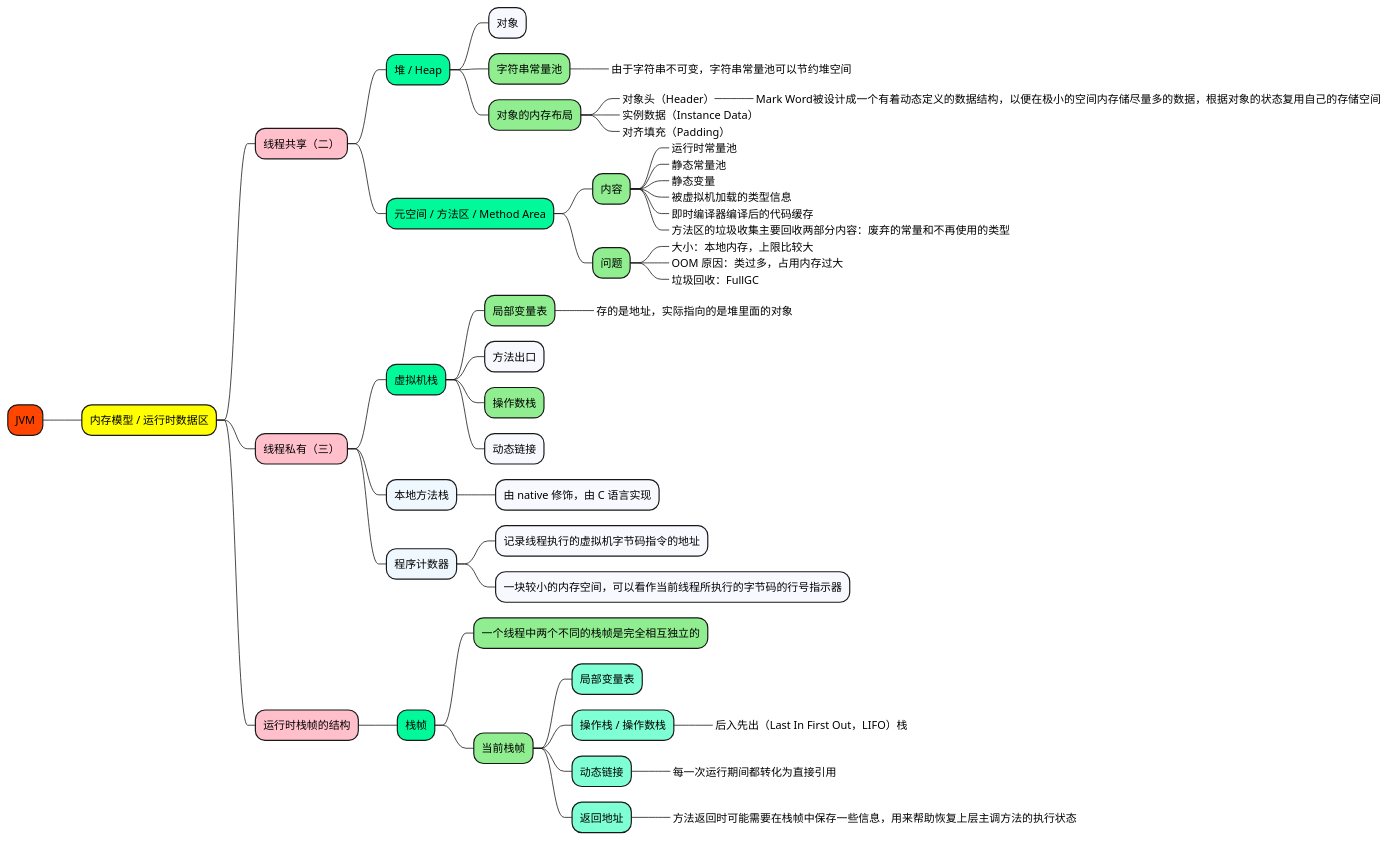
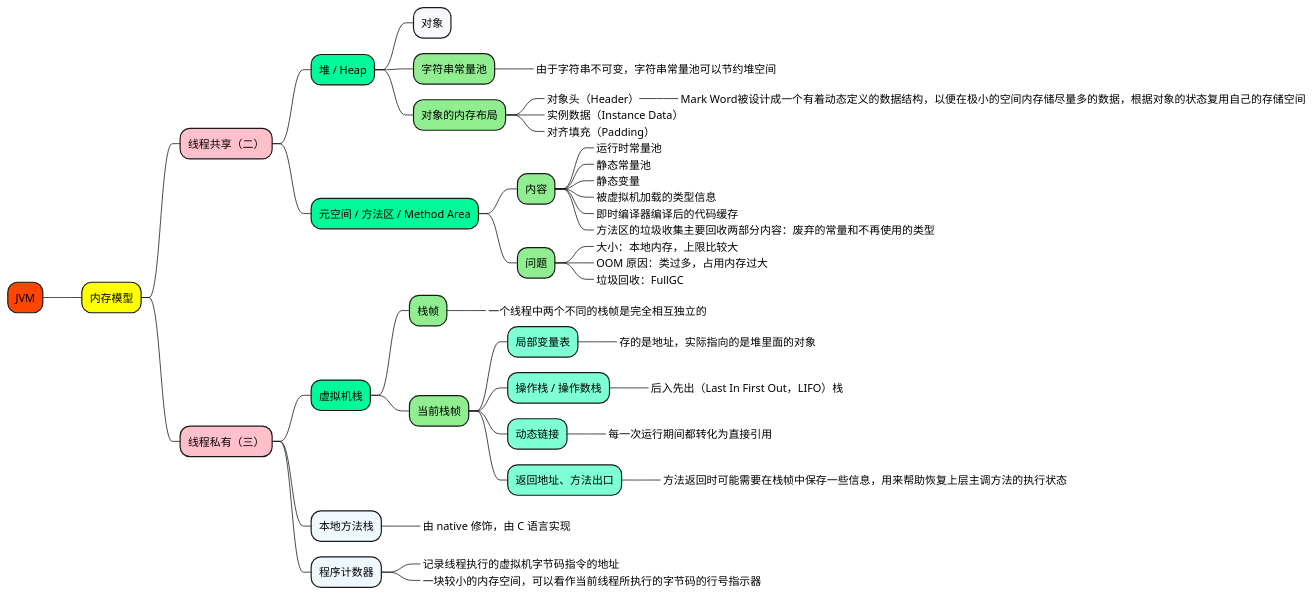
One commit to doveg/self-cultivation-of-a-software-engineer changed the diagram in 1_map/1-java/JVM-内存模型.puml. Above: the diagram before and after it, drawn with PlantUML. The commit also changed 26 other files, not shown here.

```diff
--- a/1_map/1-java/JVM-内存模型.puml
+++ b/1_map/1-java/JVM-内存模型.puml
@@ -1,76 +1,72 @@
 @startmindmap
 
 +[#OrangeRed] JVM
 
-++[#yellow] 内存模型 / 运行时数据区
+++[#yellow] 内存模型
 
 +++[#Pink] 线程共享（二）
 
 ++++[#MediumSpringGreen] 堆 / Heap
 
 +++++[#GhostWhite] 对象
 
 +++++[#LightGreen] 字符串常量池
 ++++++[#Aquamarine]_ 由于字符串不可变，字符串常量池可以节约堆空间
 
 +++++[#LightGreen] 对象的内存布局
 ++++++[#Aquamarine]_ 对象头（Header）
 +++++++[#Aquamarine]_ Mark Word被设计成一个有着动态定义的数据结构，以便在极小的空间内存储尽量多的数据，根据对象的状态复用自己的存储空间
 ++++++[#Aquamarine]_ 实例数据（Instance Data）
 ++++++[#Aquamarine]_ 对齐填充（Padding）
 
 
 ++++[#MediumSpringGreen] 元空间 / 方法区 / Method Area
 
 +++++[#LightGreen] 内容
 ++++++[#Aquamarine]_ 运行时常量池
 ++++++[#Aquamarine]_ 静态常量池
 ++++++[#Aquamarine]_ 静态变量
 ++++++[#Aquamarine]_ 被虚拟机加载的类型信息
 ++++++[#Aquamarine]_ 即时编译器编译后的代码缓存
 ++++++[#Aquamarine]_ 方法区的垃圾收集主要回收两部分内容：废弃的常量和不再使用的类型
 
 +++++[#LightGreen] 问题
 ++++++[#Aquamarine]_ 大小：本地内存，上限比较大
 ++++++[#Aquamarine]_ OOM 原因：类过多，占用内存过大
 ++++++[#Aquamarine]_ 垃圾回收：FullGC
 
 
 
 +++[#Pink] 线程私有（三）
 
 ++++[#MediumSpringGreen] 虚拟机栈
-+++++[#LightGreen] 局部变量表
-++++++[#MediumSpringGreen]_ 存的是地址，实际指向的是堆里面的对象
-+++++[#GhostWhite] 方法出口
-+++++[#LightGreen] 操作数栈
-+++++[#GhostWhite] 动态链接
-
-++++[#AliceBlue] 本地方法栈
-+++++[#GhostWhite] 由 native 修饰，由 C 语言实现
-
-++++[#AliceBlue] 程序计数器
-+++++[#GhostWhite] 记录线程执行的虚拟机字节码指令的地址
-+++++[#GhostWhite] 一块较小的内存空间，可以看作当前线程所执行的字节码的行号指示器
-
-
-
-+++[#Pink] 运行时栈帧的结构
-
-++++[#MediumSpringGreen] 栈帧
-+++++[#LightGreen] 一个线程中两个不同的栈帧是完全相互独立的
++++++[#LightGreen] 栈帧
+++++++[#Aquamarine]_ 一个线程中两个不同的栈帧是完全相互独立的
 +++++[#LightGreen] 当前栈帧
 ++++++[#Aquamarine] 局部变量表
++++++++[#Aquamarine]_ 存的是地址，实际指向的是堆里面的对象
 ++++++[#Aquamarine] 操作栈 / 操作数栈
 +++++++[#Aquamarine]_ 后入先出（Last In First Out，LIFO）栈
 ++++++[#Aquamarine] 动态链接
 +++++++[#Aquamarine]_ 每一次运行期间都转化为直接引用
-++++++[#Aquamarine] 返回地址
+++++++[#Aquamarine] 返回地址、方法出口
 +++++++[#Aquamarine]_ 方法返回时可能需要在栈帧中保存一些信息，用来帮助恢复上层主调方法的执行状态
+
+
+
+
+++++[#AliceBlue] 本地方法栈
++++++[#GhostWhite]_ 由 native 修饰，由 C 语言实现
+
+++++[#AliceBlue] 程序计数器
++++++[#GhostWhite]_ 记录线程执行的虚拟机字节码指令的地址
++++++[#GhostWhite]_ 一块较小的内存空间，可以看作当前线程所执行的字节码的行号指示器
+
+
 
 
 
 
 
 
 @endmindmap
```
